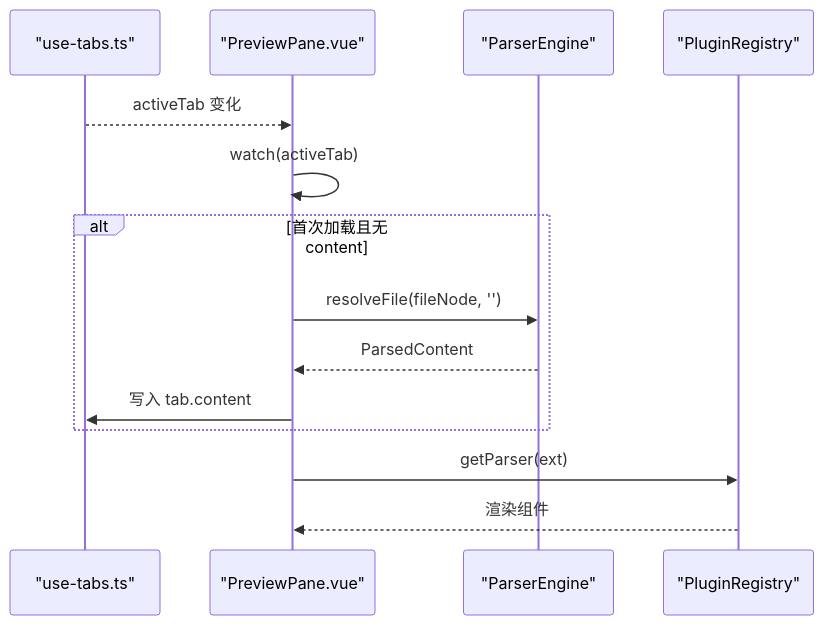
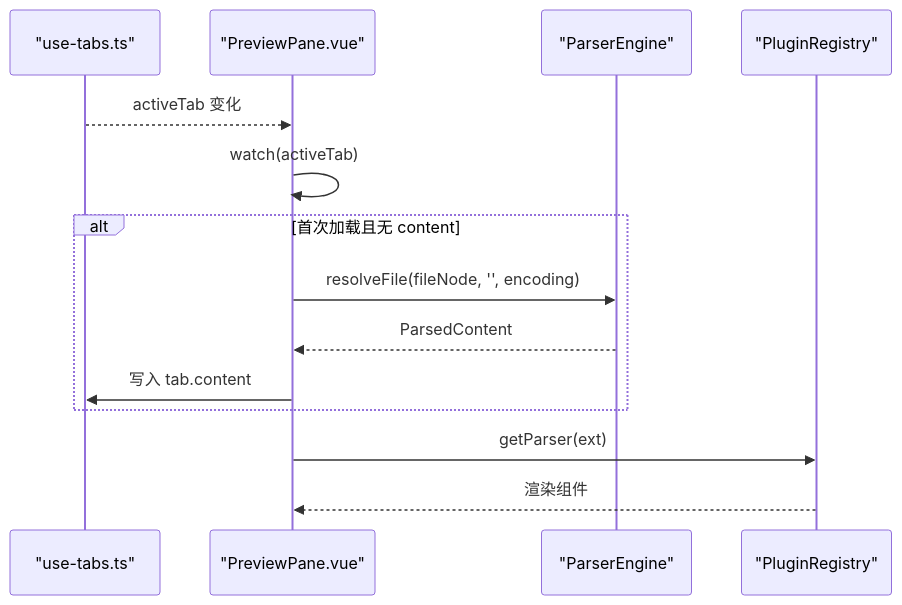
One commit to taoweidong/Hello-Tauri changed the fifth of 7 diagrams in .qoder/repowiki/zh/content/用户界面/核心组件/工作区组件/标签栏组件.md. Above: the diagram before and after it, drawn with Mermaid. The commit also changed other lines of this file and 67 other files, not shown here.

````diff
--- a/.qoder/repowiki/zh/content/用户界面/核心组件/工作区组件/标签栏组件.md
+++ b/.qoder/repowiki/zh/content/用户界面/核心组件/工作区组件/标签栏组件.md
@@ -209,16 +275,16 @@
 ```mermaid
 sequenceDiagram
 participant TM as "use-tabs.ts"
 participant PP as "PreviewPane.vue"
 participant PE as "ParserEngine"
 participant REG as "PluginRegistry"
 TM-->>PP : activeTab 变化
 PP->>PP : watch(activeTab)
 alt 首次加载且无 content
-PP->>PE : resolveFile(fileNode, '')
+PP->>PE : resolveFile(fileNode, '', encoding)
 PE-->>PP : ParsedContent
 PP->>TM : 写入 tab.content
 end
 PP->>REG : getParser(ext)
 REG-->>PP : 渲染组件
 ```
````
